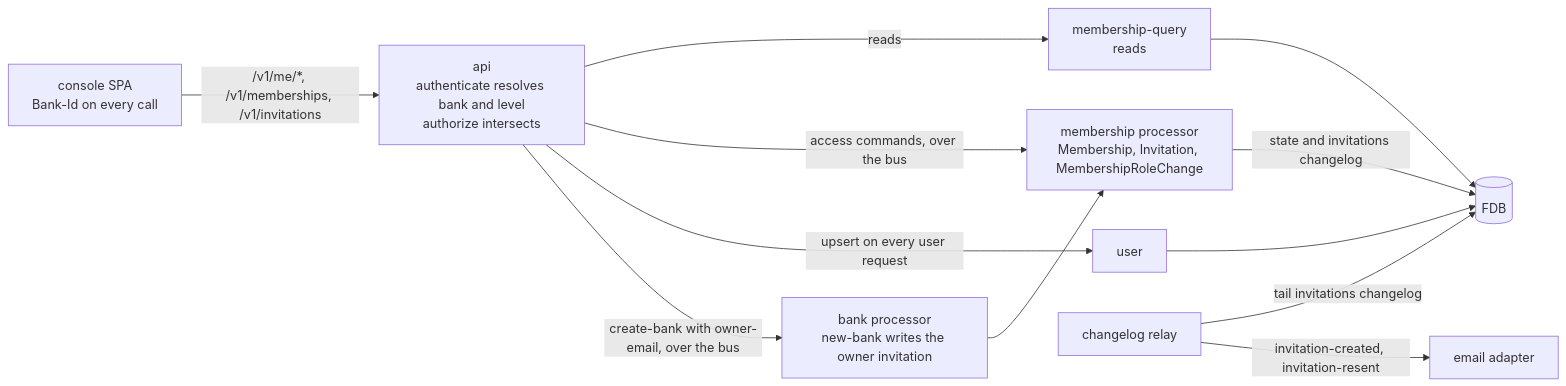
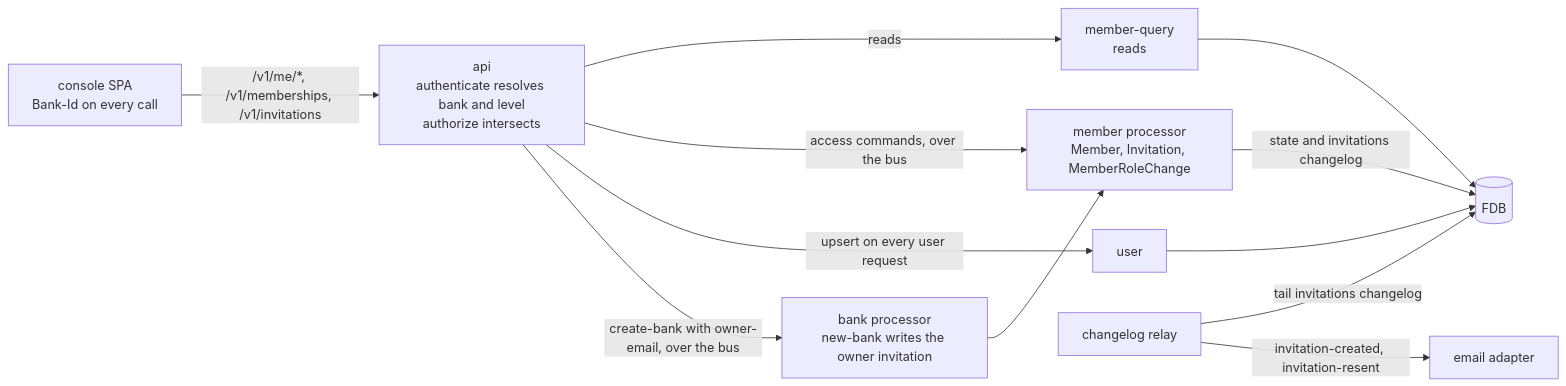
Before and after one commit to repldriven/queenswood: the diagram in docs/tdd/memberships.md, drawn with Mermaid. The commit also changed other lines of this file and 115 other files, not shown here.

First line of the commit message:
Call a bank's member a Member, not a Membership

````diff
--- a/docs/tdd/memberships.md
+++ b/docs/tdd/memberships.md
@@ -317,24 +317,24 @@
 ```mermaid
 graph LR
     SPA["console SPA<br/>Bank-Id on every call"]
     API["api<br/>authenticate resolves bank and level<br/>authorize intersects"]
-    BQ["membership-query<br/>reads"]
-    BM["membership processor<br/>Membership, Invitation, MembershipRoleChange"]
+    BQ["member-query<br/>reads"]
+    BM["member processor<br/>Member, Invitation, MemberRoleChange"]
     BU["user"]
     BB["bank processor<br/>new-bank writes the owner invitation"]
     RL["changelog relay"]
     EM["email adapter"]
     FDB[("FDB")]
 
     SPA -->|"/v1/me/*, /v1/memberships, /v1/invitations"| API
     API -->|"reads"| BQ
     API -->|"access commands, over the bus"| BM
     API -->|"upsert on every user request"| BU
     API -->|"create-bank with owner-email, over the bus"| BB
     BB --> BM
     BM -->|"state and invitations changelog"| FDB
     RL -->|"tail invitations changelog"| FDB
     RL -->|"invitation-created, invitation-resent"| EM
     BQ --> FDB
     BU --> FDB
 ```
````
